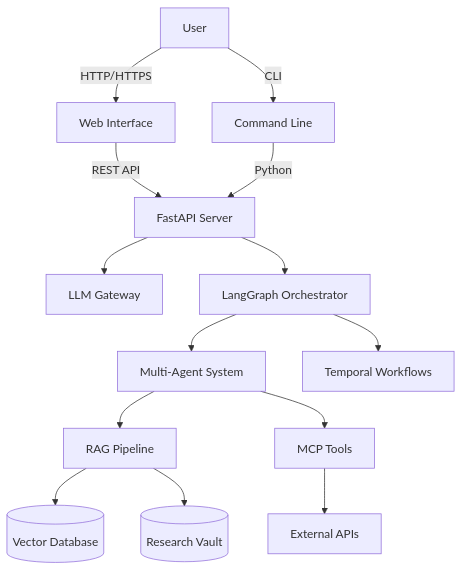
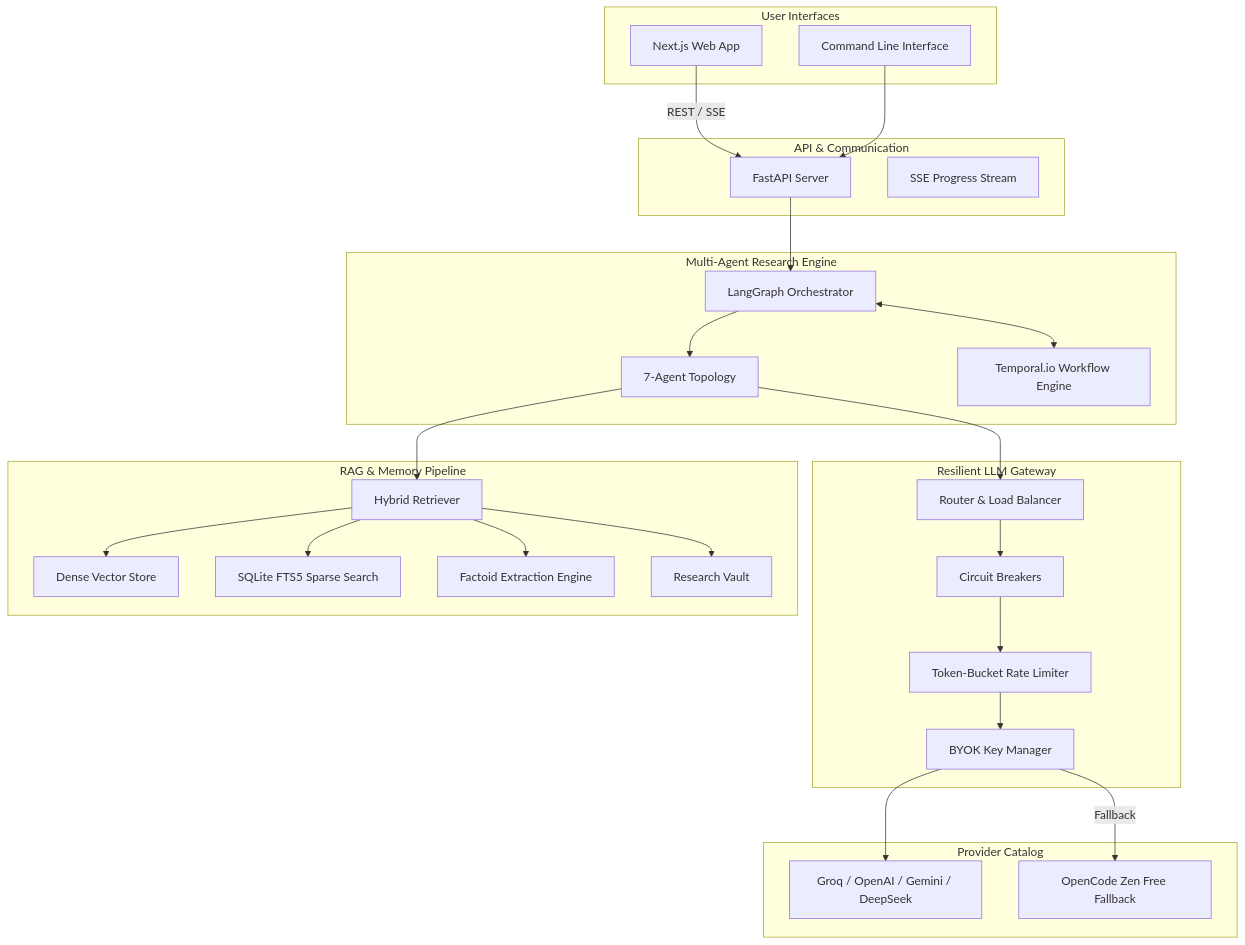
One commit to sarv-projects/Autonomous-Research-Agent changed the first of 2 diagrams in README.md. Above: the diagram before and after it, drawn with Mermaid. The commit also changed other lines of this file and 1 other file, not shown here.

Commit message:
docs: overhaul README with dynamic hero banner, architecture diagrams & feature matrices

````diff
--- a/README.md
+++ b/README.md
@@ -81,16 +134,53 @@
 ```mermaid
 graph TB
-    User[User] -->|HTTP/HTTPS| Frontend[Web Interface]
-    User -->|CLI| CLI[Command Line]
-    Frontend -->|REST API| API[FastAPI Server]
-    CLI -->|Python| API
-    API --> Gateway[LLM Gateway]
-    API --> LangGraph[LangGraph Orchestrator]
-    LangGraph --> Agents[Multi-Agent System]
-    Agents --> RAG[RAG Pipeline]
-    RAG --> VectorDB[(Vector Database)]
-    RAG --> Vault[(Research Vault)]
-    Agents --> Tools[MCP Tools]
-    Tools --> External[External APIs]
-    LangGraph --> Temporal[Temporal Workflows]
+    subgraph Clients[" User Interfaces "]
+        UI[Next.js Web App]
+        CLI[Command Line Interface]
+    end
+
+    subgraph API_Layer[" API & Communication "]
+        API[FastAPI Server]
+        SSE[SSE Progress Stream]
+    end
+
+    subgraph Core_Engine[" Multi-Agent Research Engine "]
+        Graph[LangGraph Orchestrator]
+        Agents[7-Agent Topology]
+        Temporal[Temporal.io Workflow Engine]
+    end
+
+    subgraph Resiliency[" Resilient LLM Gateway "]
+        Gateway[Router & Load Balancer]
+        Circuit[Circuit Breakers]
+        RateLimit[Token-Bucket Rate Limiter]
+        Keys[BYOK Key Manager]
+    end
+
+    subgraph Knowledge[" RAG & Memory Pipeline "]
+        Hybrid[Hybrid Retriever]
+        Dense[Dense Vector Store]
+        FTS[SQLite FTS5 Sparse Search]
+        Factoid[Factoid Extraction Engine]
+        Vault[Research Vault]
+    end
+
+    subgraph Providers[" Provider Catalog "]
+        Paid[Groq / OpenAI / Gemini / DeepSeek]
+        Free[OpenCode Zen Free Fallback]
+    end
+
+    UI -->|REST / SSE| API
+    CLI --> API
+    API --> Graph
+    Graph --> Agents
+    Graph <--> Temporal
+    Agents --> Gateway
+    Gateway --> Circuit --> RateLimit --> Keys
+    Keys --> Paid
+    Keys -->|Fallback| Free
+    Agents --> Hybrid
+    Hybrid --> Dense
+    Hybrid --> FTS
+    Hybrid --> Factoid
+    Hybrid --> Vault
 ```
````
